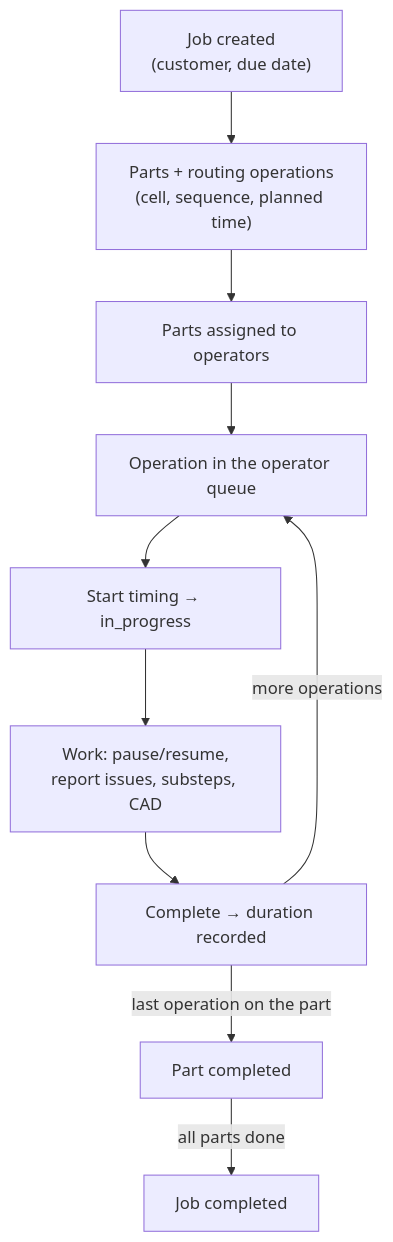
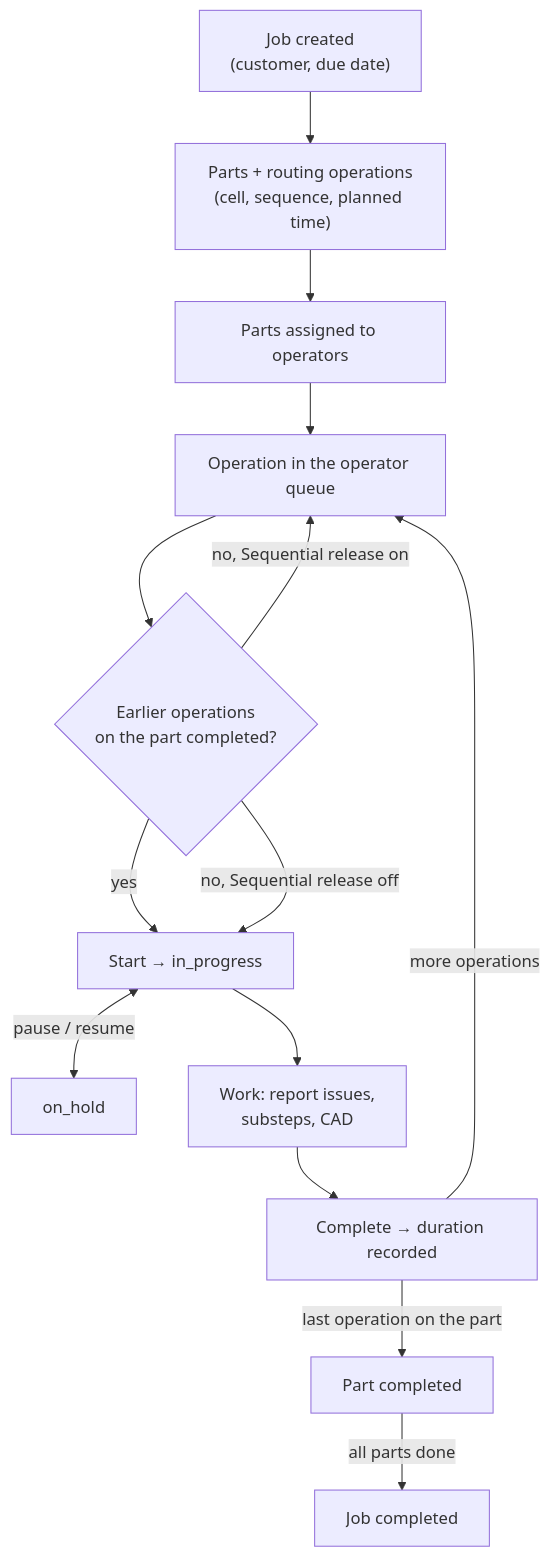
The diagram in website/src/content/docs/guides/production-flow.md (SheetMetalConnect/eryxon-flow), drawn with Mermaid before and after one commit. The commit also changed other lines of this file and 451 other files, not shown here.

````diff
--- a/website/src/content/docs/guides/production-flow.md
+++ b/website/src/content/docs/guides/production-flow.md
@@ -10,12 +10,16 @@
 ```mermaid
 flowchart TD
   J["Job created<br/>(customer, due date)"] --> P["Parts + routing operations<br/>(cell, sequence, planned time)"]
   P --> AS["Parts assigned to operators"]
   AS --> Q["Operation in the operator queue"]
-  Q --> ST["Start timing → in_progress"]
-  ST --> WK["Work: pause/resume,<br/>report issues, substeps, CAD"]
+  Q --> G{"Earlier operations<br/>on the part completed?"}
+  G -->|yes| ST["Start → in_progress"]
+  G -->|"no, Sequential release off"| ST
+  G -->|"no, Sequential release on"| Q
+  ST <-->|"pause / resume"| H["on_hold"]
+  ST --> WK["Work: report issues,<br/>substeps, CAD"]
   WK --> CO["Complete → duration recorded"]
   CO -->|last operation on the part| PC["Part completed"]
   PC -->|all parts done| JC["Job completed"]
   CO -->|more operations| Q
 ```
````
